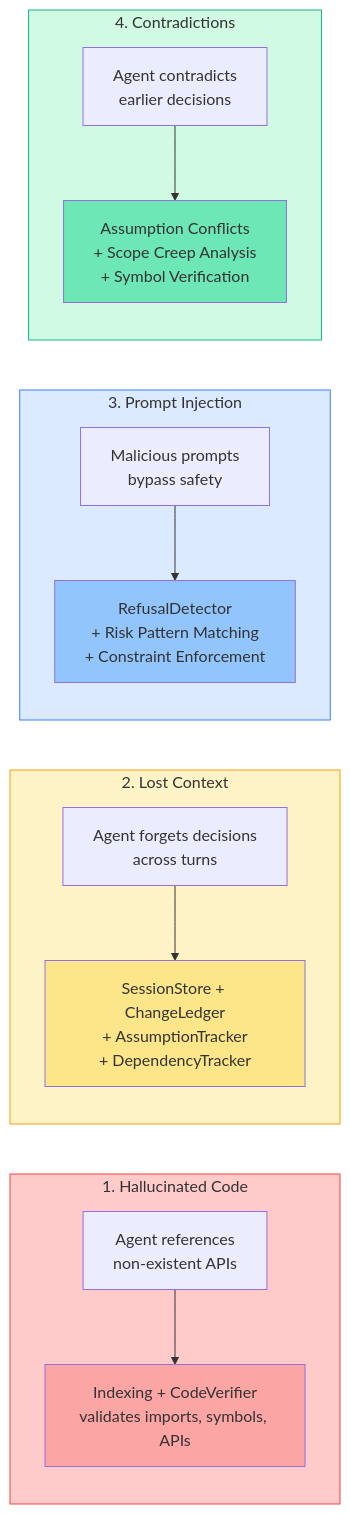
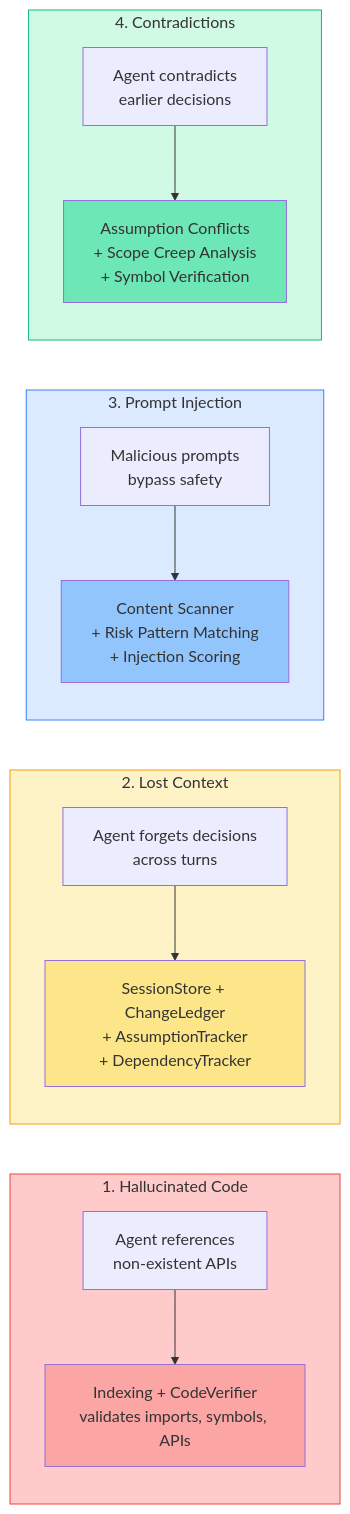
Before and after one commit to nella-labs/nella: the second of 4 diagrams in docs/architecture/overview.md, drawn with Mermaid. The commit also changed other lines of this file and 4 other files, not shown here.

First line of the commit message:
docs: fix architecture diagrams, types, and module references

````diff
--- a/docs/architecture/overview.md
+++ b/docs/architecture/overview.md
@@ -75,36 +71,36 @@
 ```mermaid
 graph LR
     subgraph P1["1. Hallucinated Code"]
         P1_Problem["Agent references<br/>non-existent APIs"]
         P1_Solution["Indexing + CodeVerifier<br/>validates imports, symbols, APIs"]
     end
 
     subgraph P2["2. Lost Context"]
         P2_Problem["Agent forgets decisions<br/>across turns"]
         P2_Solution["SessionStore + ChangeLedger<br/>+ AssumptionTracker<br/>+ DependencyTracker"]
     end
 
     subgraph P3["3. Prompt Injection"]
         P3_Problem["Malicious prompts<br/>bypass safety"]
-        P3_Solution["RefusalDetector<br/>+ Risk Pattern Matching<br/>+ Constraint Enforcement"]
+        P3_Solution["Content Scanner<br/>+ Risk Pattern Matching<br/>+ Injection Scoring"]
     end
 
     subgraph P4["4. Contradictions"]
         P4_Problem["Agent contradicts<br/>earlier decisions"]
         P4_Solution["Assumption Conflicts<br/>+ Scope Creep Analysis<br/>+ Symbol Verification"]
     end
 
     P1_Problem --> P1_Solution
     P2_Problem --> P2_Solution
     P3_Problem --> P3_Solution
     P4_Problem --> P4_Solution
 
     style P1 fill:#fecaca,stroke:#ef4444
     style P2 fill:#fef3c7,stroke:#f59e0b
     style P3 fill:#dbeafe,stroke:#3b82f6
     style P4 fill:#d1fae5,stroke:#10b981
     style P1_Solution fill:#fca5a5
     style P2_Solution fill:#fde68a
     style P3_Solution fill:#93c5fd
     style P4_Solution fill:#6ee7b7
 ```
````
